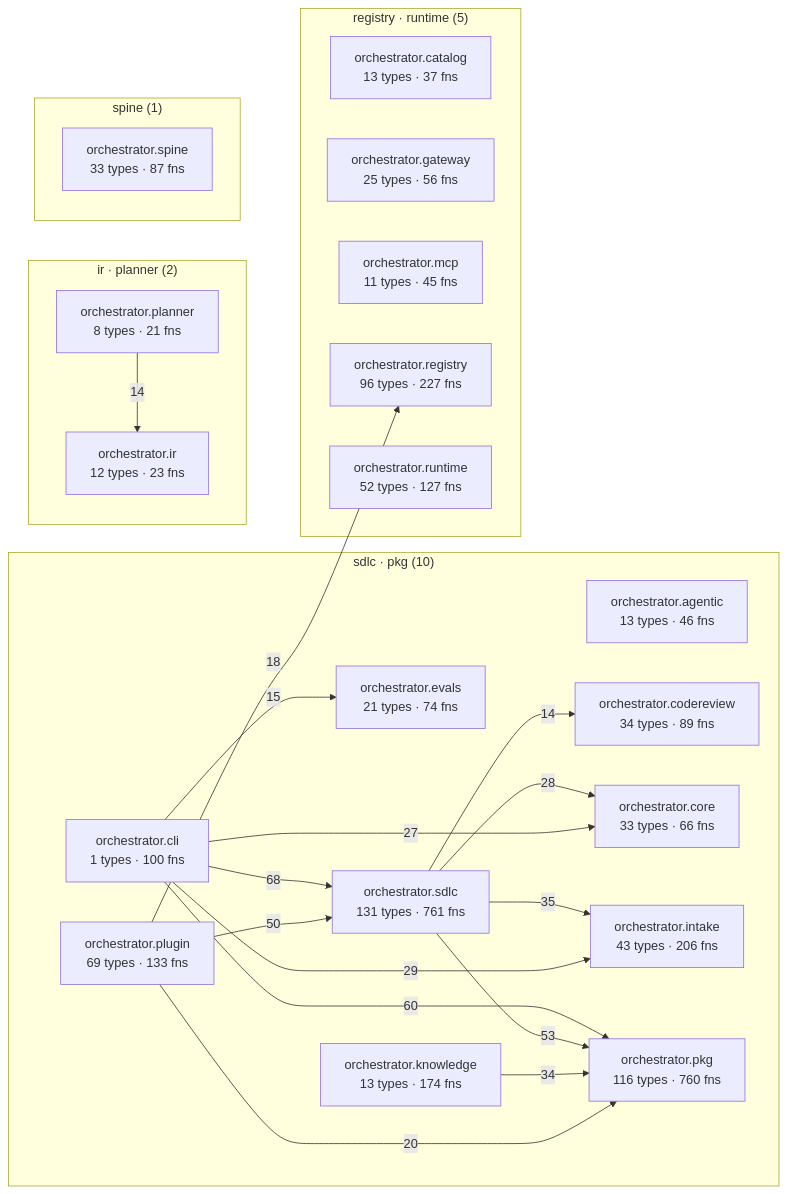
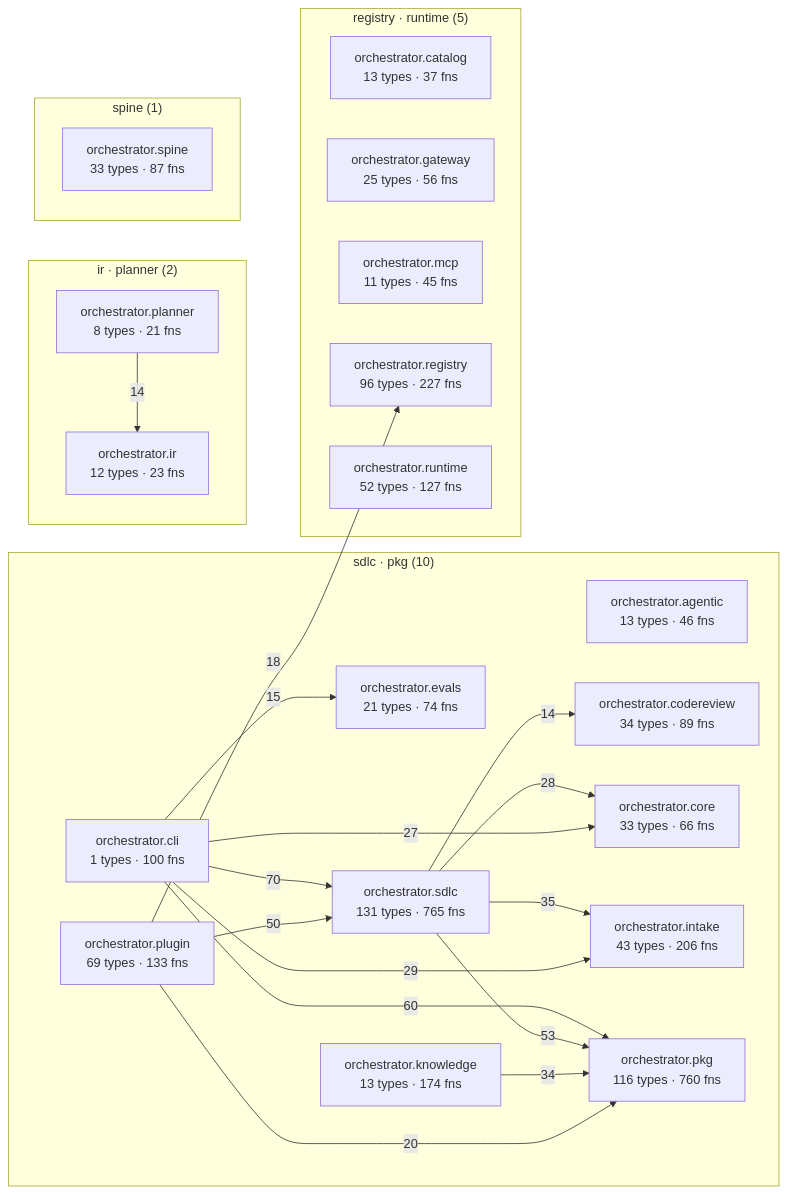
Before and after one commit to palakupadhyay23/spine: the diagram in episteme/architecture.md, drawn with Mermaid. The commit also changed other lines of this file and 13 other files, not shown here.

````diff
--- a/episteme/architecture.md
+++ b/episteme/architecture.md
@@ -54,43 +54,43 @@
 ```mermaid
 flowchart LR
   subgraph c_2["sdlc · pkg (10)"]
     aorchestratoragentic["orchestrator.agentic<br/>13 types · 46 fns"]
     aorchestratorcli["orchestrator.cli<br/>1 types · 100 fns"]
     aorchestratorcodereview["orchestrator.codereview<br/>34 types · 89 fns"]
     aorchestratorcore["orchestrator.core<br/>33 types · 66 fns"]
     aorchestratorevals["orchestrator.evals<br/>21 types · 74 fns"]
     aorchestratorintake["orchestrator.intake<br/>43 types · 206 fns"]
     aorchestratorknowledge["orchestrator.knowledge<br/>13 types · 174 fns"]
     aorchestratorpkg["orchestrator.pkg<br/>116 types · 760 fns"]
     aorchestratorplugin["orchestrator.plugin<br/>69 types · 133 fns"]
-    aorchestratorsdlc["orchestrator.sdlc<br/>131 types · 761 fns"]
+    aorchestratorsdlc["orchestrator.sdlc<br/>131 types · 765 fns"]
   end
   subgraph c_4["registry · runtime (5)"]
     aorchestratorcatalog["orchestrator.catalog<br/>13 types · 37 fns"]
     aorchestratorgateway["orchestrator.gateway<br/>25 types · 56 fns"]
     aorchestratormcp["orchestrator.mcp<br/>11 types · 45 fns"]
     aorchestratorregistry["orchestrator.registry<br/>96 types · 227 fns"]
     aorchestratorruntime["orchestrator.runtime<br/>52 types · 127 fns"]
   end
   subgraph c_7["ir · planner (2)"]
     aorchestratorir["orchestrator.ir<br/>12 types · 23 fns"]
     aorchestratorplanner["orchestrator.planner<br/>8 types · 21 fns"]
   end
   subgraph c_12["spine (1)"]
     aorchestratorspine["orchestrator.spine<br/>33 types · 87 fns"]
   end
-  aorchestratorcli -->|68| aorchestratorsdlc
+  aorchestratorcli -->|70| aorchestratorsdlc
   aorchestratorcli -->|60| aorchestratorpkg
   aorchestratorsdlc -->|53| aorchestratorpkg
   aorchestratorplugin -->|50| aorchestratorsdlc
   aorchestratorsdlc -->|35| aorchestratorintake
   aorchestratorknowledge -->|34| aorchestratorpkg
   aorchestratorcli -->|29| aorchestratorintake
   aorchestratorsdlc -->|28| aorchestratorcore
   aorchestratorcli -->|27| aorchestratorcore
   aorchestratorplugin -->|20| aorchestratorpkg
   aorchestratorplugin -->|18| aorchestratorregistry
   aorchestratorcli -->|15| aorchestratorevals
   aorchestratorplanner -->|14| aorchestratorir
   aorchestratorsdlc -->|14| aorchestratorcodereview
 ```
````
